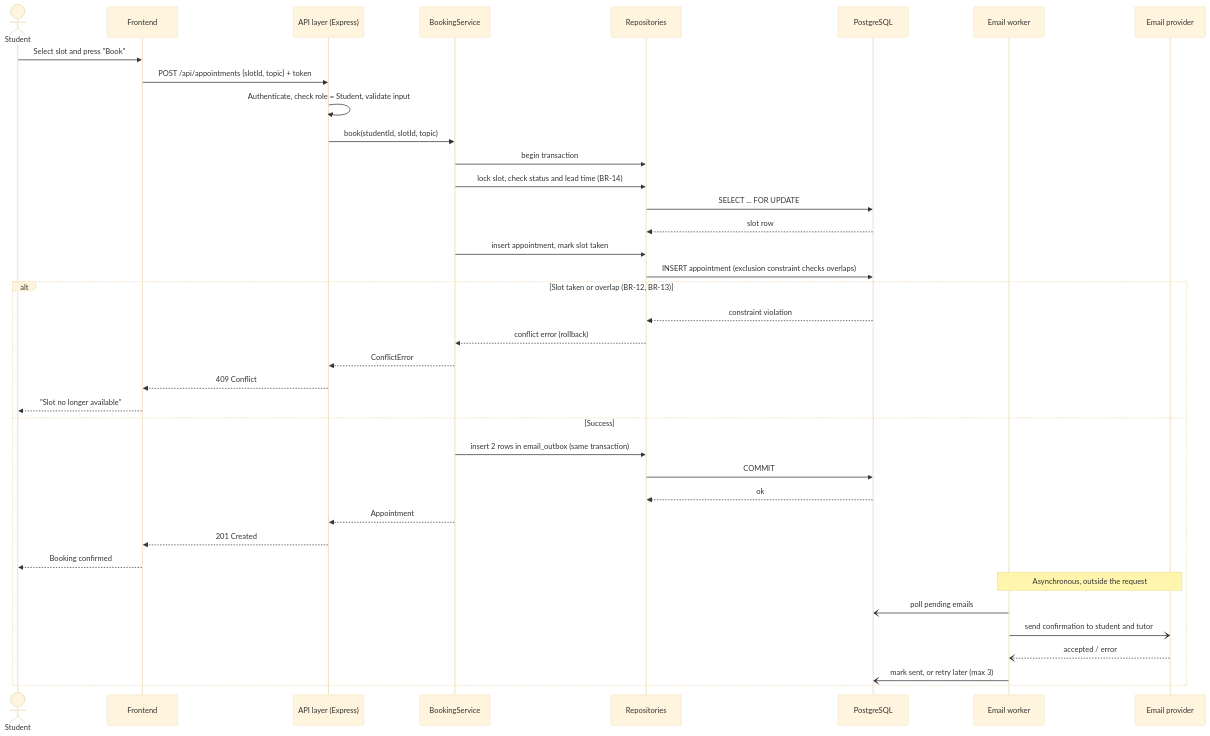
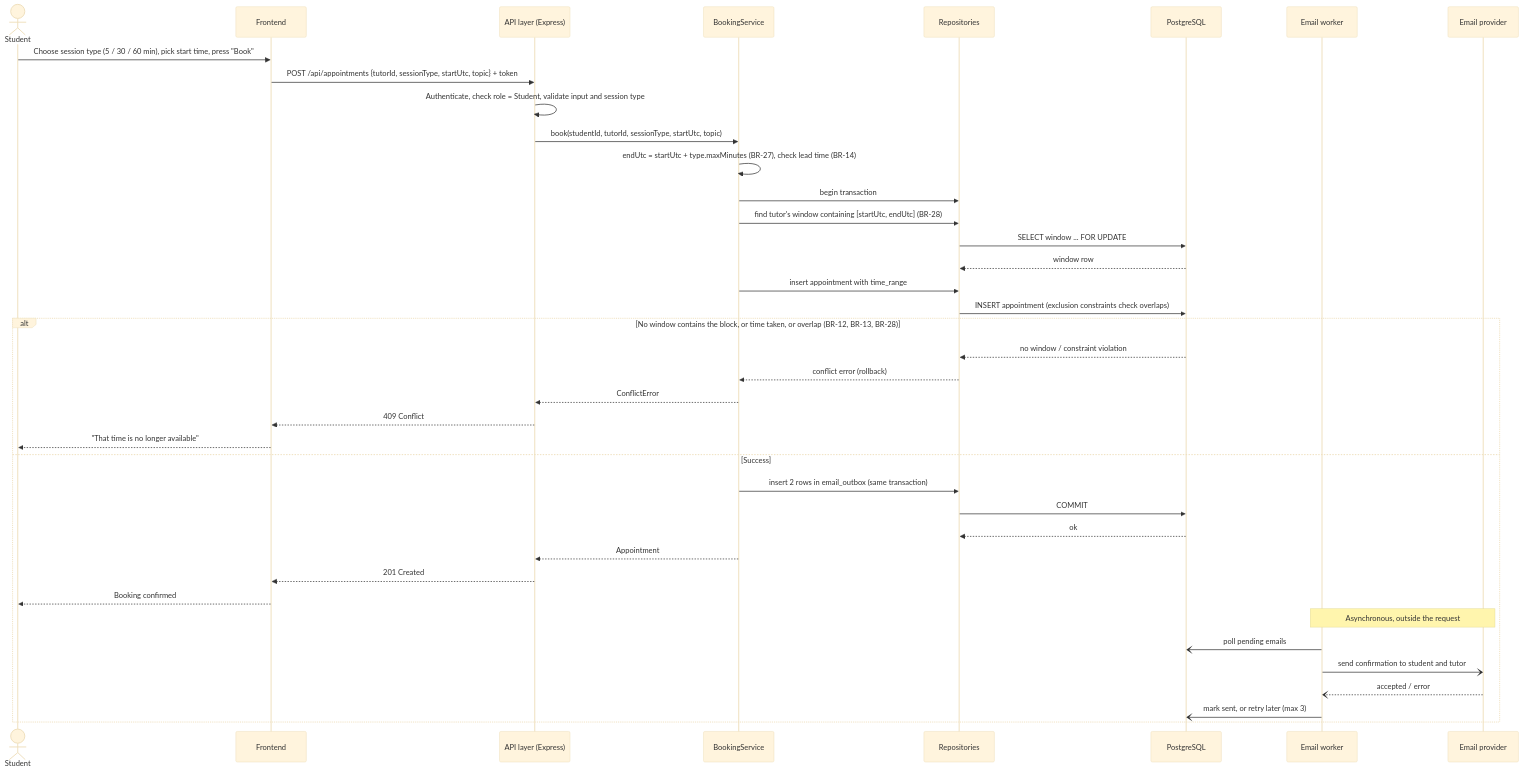
Before and after one commit to UniMentor-Software-Engineering/UniMentor: the third of 6 diagrams in docs/phase1/03-architecture.md, drawn with Mermaid (base theme). The commit also changed other lines of this file and 2 other files, not shown here.

````diff
--- a/docs/phase1/03-architecture.md
+++ b/docs/phase1/03-architecture.md
@@ -192,41 +205,42 @@
 ```mermaid
 sequenceDiagram
     actor S as Student
     participant UI as Frontend
     participant API as API layer (Express)
     participant SVC as BookingService
     participant REP as Repositories
     participant DB as PostgreSQL
     participant W as Email worker
     participant MAIL as Email provider
 
-    S->>UI: Select slot and press "Book"
-    UI->>API: POST /api/appointments {slotId, topic} + token
-    API->>API: Authenticate, check role = Student, validate input
-    API->>SVC: book(studentId, slotId, topic)
+    S->>UI: Choose session type (5 / 30 / 60 min), pick start time, press "Book"
+    UI->>API: POST /api/appointments {tutorId, sessionType, startUtc, topic} + token
+    API->>API: Authenticate, check role = Student, validate input and session type
+    API->>SVC: book(studentId, tutorId, sessionType, startUtc, topic)
+    SVC->>SVC: endUtc = startUtc + type.maxMinutes (BR-27), check lead time (BR-14)
     SVC->>REP: begin transaction
-    SVC->>REP: lock slot, check status and lead time (BR-14)
-    REP->>DB: SELECT ... FOR UPDATE
-    DB-->>REP: slot row
-    SVC->>REP: insert appointment, mark slot taken
-    REP->>DB: INSERT appointment (exclusion constraint checks overlaps)
-    alt Slot taken or overlap (BR-12, BR-13)
-        DB-->>REP: constraint violation
+    SVC->>REP: find tutor's window containing [startUtc, endUtc] (BR-28)
+    REP->>DB: SELECT window ... FOR UPDATE
+    DB-->>REP: window row
+    SVC->>REP: insert appointment with time_range
+    REP->>DB: INSERT appointment (exclusion constraints check overlaps)
+    alt No window contains the block, or time taken, or overlap (BR-12, BR-13, BR-28)
+        DB-->>REP: no window / constraint violation
         REP-->>SVC: conflict error (rollback)
         SVC-->>API: ConflictError
         API-->>UI: 409 Conflict
-        UI-->>S: "Slot no longer available"
+        UI-->>S: "That time is no longer available"
     else Success
         SVC->>REP: insert 2 rows in email_outbox (same transaction)
         REP->>DB: COMMIT
         DB-->>REP: ok
         SVC-->>API: Appointment
         API-->>UI: 201 Created
         UI-->>S: Booking confirmed
         Note over W,MAIL: Asynchronous, outside the request
         W-)DB: poll pending emails
         W-)MAIL: send confirmation to student and tutor
         MAIL--)W: accepted / error
         W-)DB: mark sent, or retry later (max 3)
     end
 ```
````
